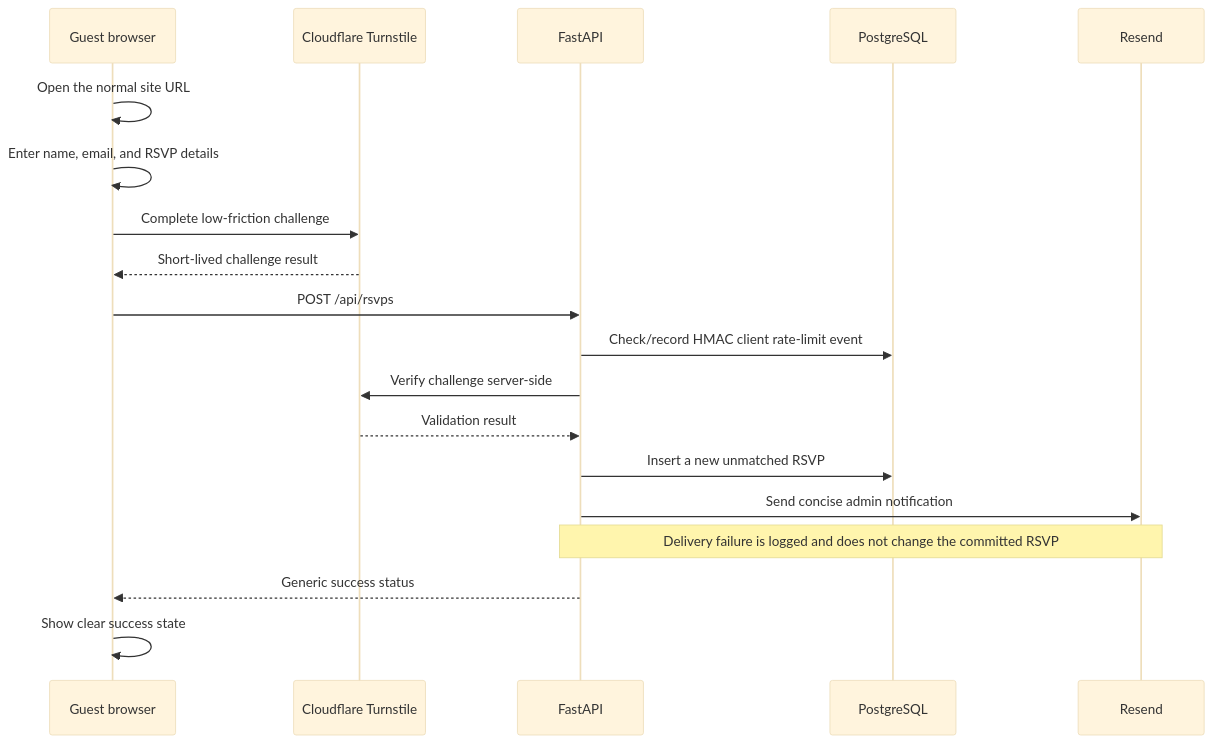
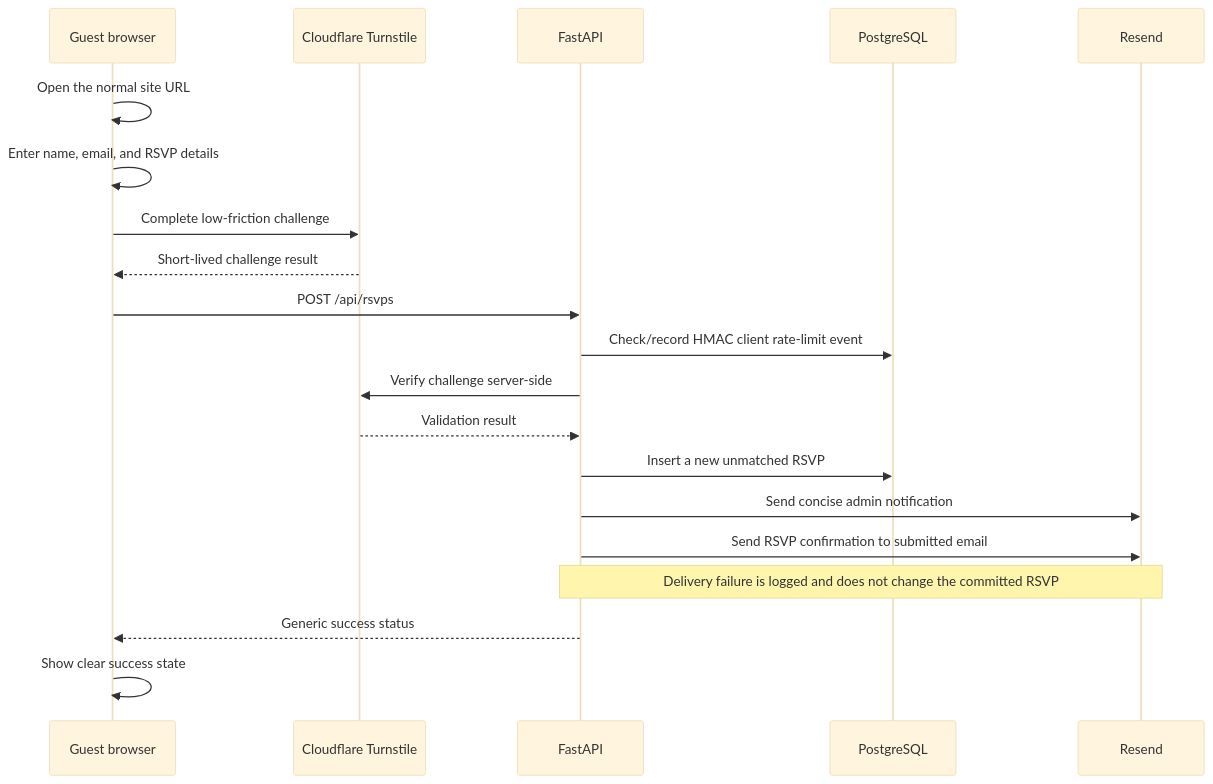
One commit to drkosman/wedding-site changed the diagram in docs/architecture.md. Above: the diagram before and after it, drawn with Mermaid (base theme). The commit also changed other lines of this file and 13 other files, not shown here.

````diff
--- a/docs/architecture.md
+++ b/docs/architecture.md
@@ -29,22 +29,23 @@
 ```mermaid
 sequenceDiagram
     participant Guest as Guest browser
     participant Turnstile as Cloudflare Turnstile
     participant API as FastAPI
     participant DB as PostgreSQL
     participant Email as Resend
 
     Guest->>Guest: Open the normal site URL
     Guest->>Guest: Enter name, email, and RSVP details
     Guest->>Turnstile: Complete low-friction challenge
     Turnstile-->>Guest: Short-lived challenge result
     Guest->>API: POST /api/rsvps
     API->>DB: Check/record HMAC client rate-limit event
     API->>Turnstile: Verify challenge server-side
     Turnstile-->>API: Validation result
     API->>DB: Insert a new unmatched RSVP
     API->>Email: Send concise admin notification
+    API->>Email: Send RSVP confirmation to submitted email
     Note over API,Email: Delivery failure is logged and does not change the committed RSVP
     API-->>Guest: Generic success status
     Guest->>Guest: Show clear success state
 ```
````
